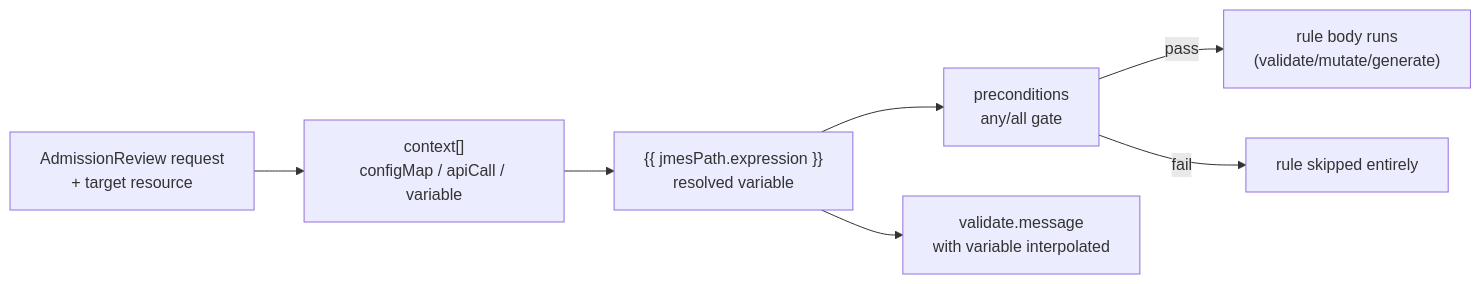
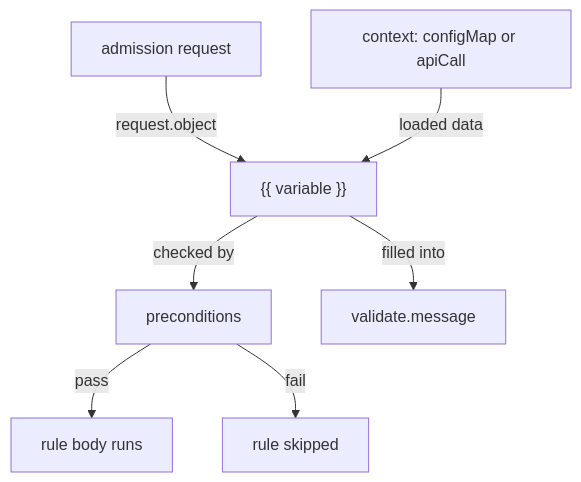
The diagram in sections/section-020/module-02/course.md (astrona-io/ATS007), drawn with Mermaid before and after one commit. The commit also changed other lines of this file and 150 other files, not shown here.

````diff
--- a/sections/section-020/module-02/course.md
+++ b/sections/section-020/module-02/course.md
@@ -12,9 +7,9 @@
 ```mermaid
-flowchart LR
-    A["AdmissionReview request<br/>+ target resource"] --> B["context[]<br/>configMap / apiCall / variable"]
-    B --> C["{{ jmesPath.expression }}<br/>resolved variable"]
-    C --> D["preconditions<br/>any/all gate"]
-    D -->|"pass"| E["rule body runs<br/>(validate/mutate/generate)"]
-    D -->|"fail"| F["rule skipped entirely"]
-    C --> G["validate.message<br/>with variable interpolated"]
+flowchart TB
+    R["admission request"] -->|"request.object"| V["{{ variable }}"]
+    C["context: configMap or apiCall"] -->|"loaded data"| V
+    V -->|"checked by"| P["preconditions"]
+    P -->|"pass"| B["rule body runs"]
+    P -->|"fail"| S["rule skipped"]
+    V -->|"filled into"| M["validate.message"]
 ```
````
